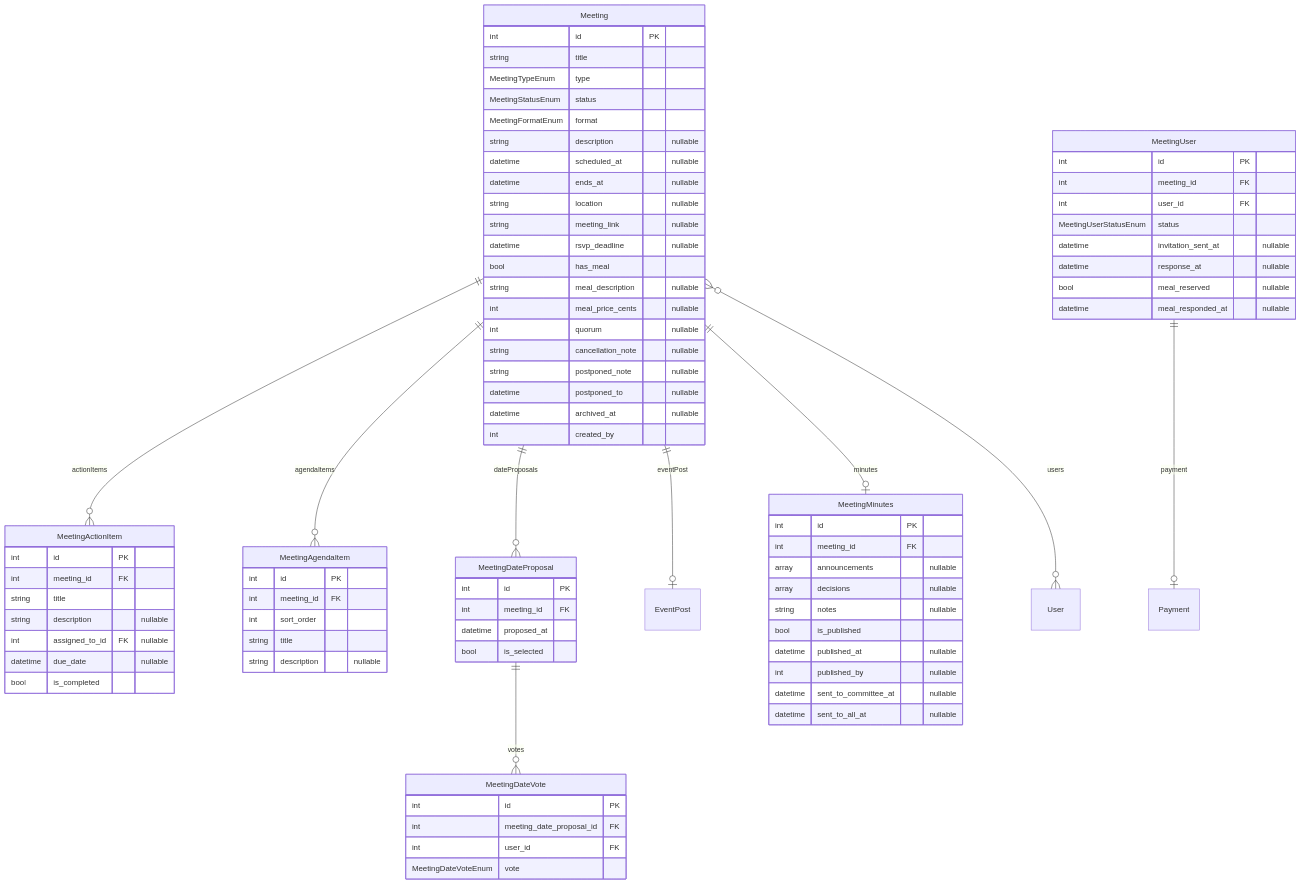
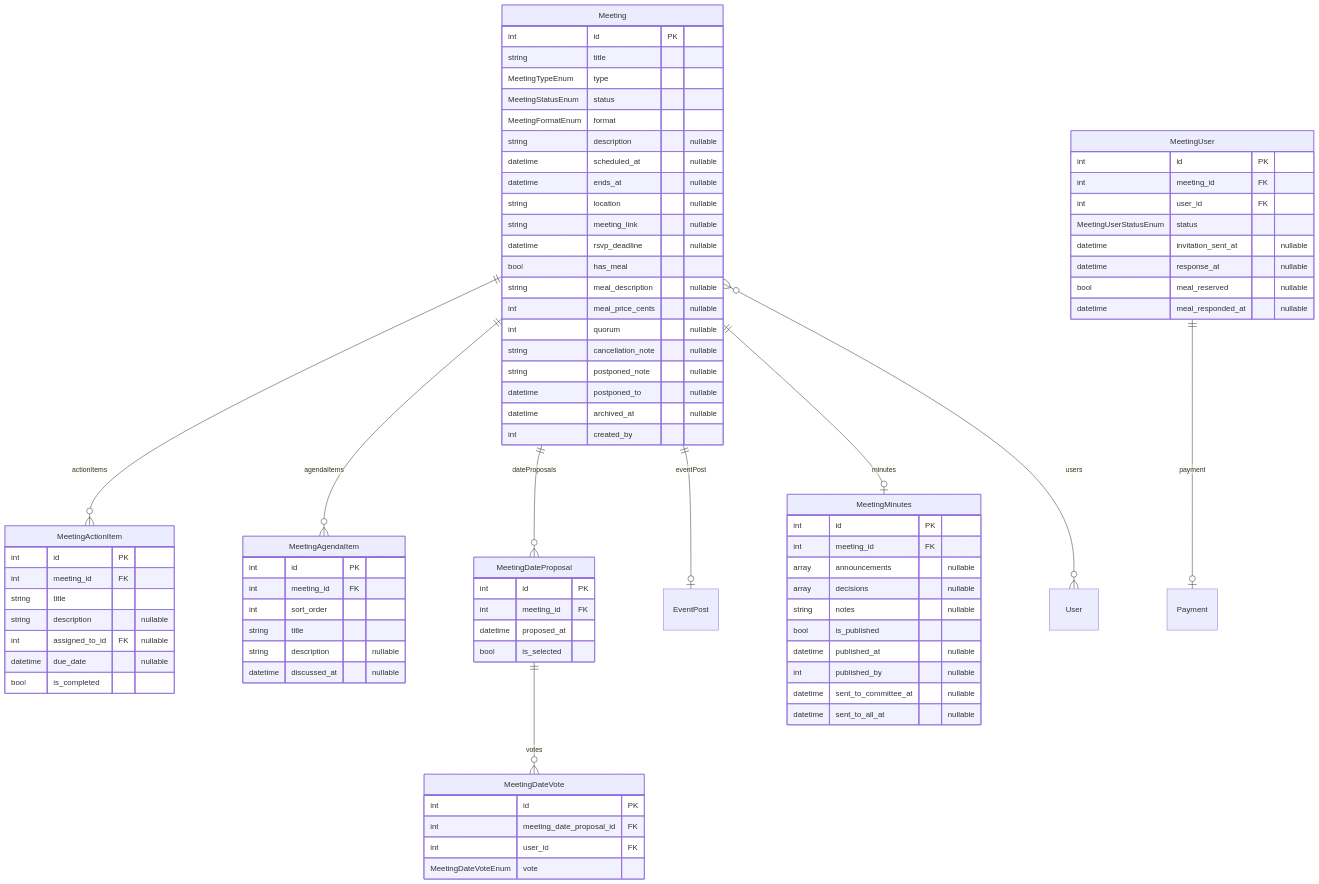
The diagram in docs/erd/meetings.md (Paupoo/tabletennisclub-app), drawn with Mermaid before and after one commit. The commit also changed 12 other files, not shown here.

```diff
--- a/docs/erd/meetings.md
+++ b/docs/erd/meetings.md
@@ -10,13 +10,6 @@
         int assigned_to_id FK "nullable"
         datetime due_date "nullable"
         bool is_completed
-    }
-    MeetingAgendaItem {
-        int id PK
-        int meeting_id FK
-        int sort_order
-        string title
-        string description "nullable"
     }
     MeetingDateProposal {
         int id PK
@@ -52,6 +45,14 @@
         bool meal_reserved "nullable"
         datetime meal_responded_at "nullable"
     }
+    MeetingAgendaItem {
+        int id PK
+        int meeting_id FK
+        int sort_order
+        string title
+        string description "nullable"
+        datetime discussed_at "nullable"
+    }
     Meeting {
         int id PK
         string title
```
